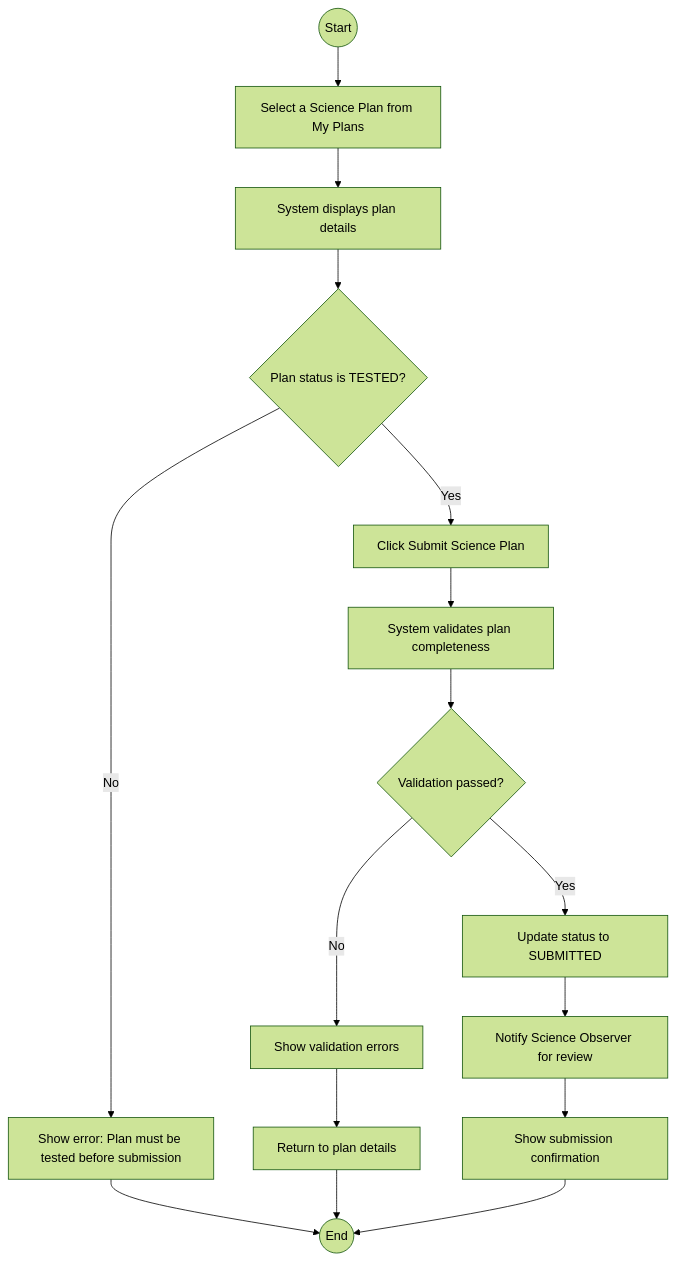
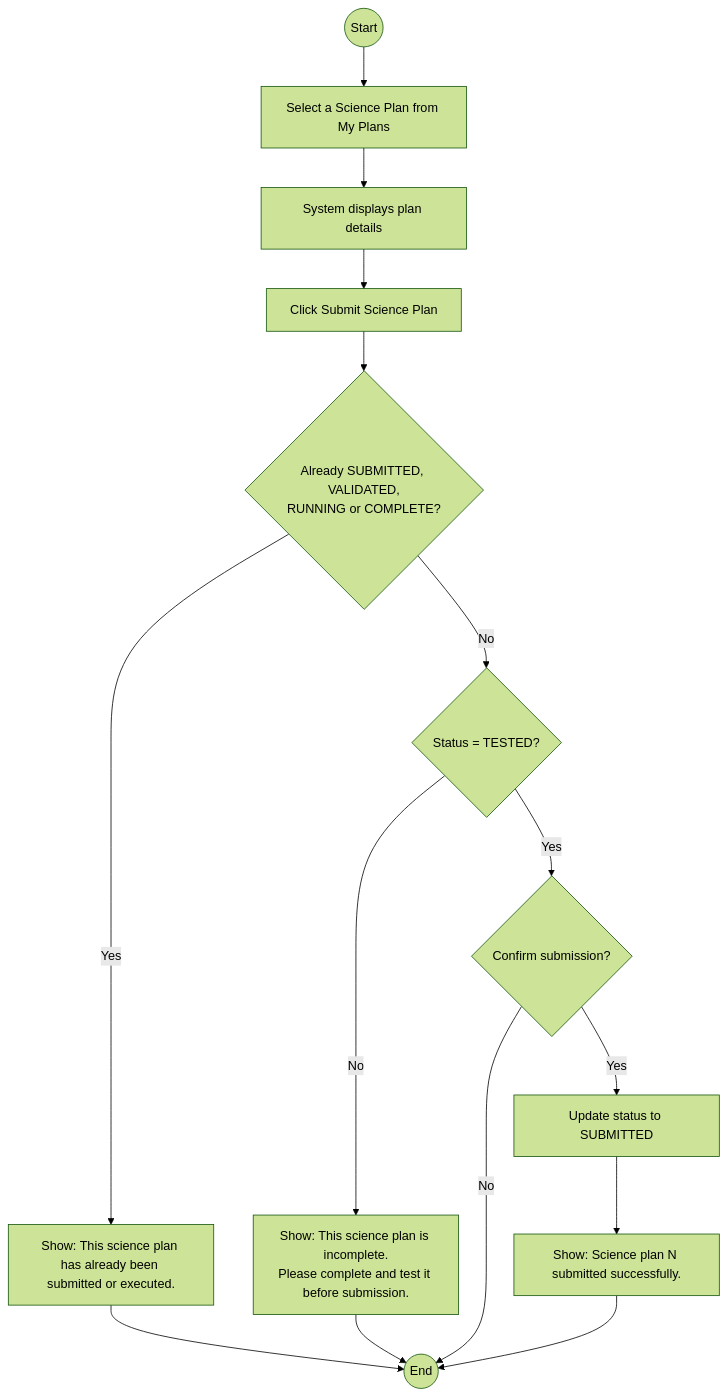
The third of 3 diagrams in README.md (FantasticRattee/gemini-telescope-control-system), drawn with Mermaid (forest theme) before and after one commit. The commit also changed other lines of this file and 13 other files, not shown here.

First line of the commit message:
Fix science plan workflow, tests, and use-case diagram

````diff
--- a/README.md
+++ b/README.md
@@ -154,18 +285,17 @@
 ```mermaid
 flowchart TD
     A((Start)) --> B[Select a Science Plan from My Plans]
     B --> C[System displays plan details]
-    C --> D{Plan status is TESTED?}
-    D -- No --> E[Show error: Plan must be tested before submission]
+    C --> G[Click Submit Science Plan]
+    G --> D{Already SUBMITTED, VALIDATED,<br/>RUNNING or COMPLETE?}
+    D -- Yes --> E[Show: This science plan has already been submitted or executed.]
     E --> F((End))
-    D -- Yes --> G[Click Submit Science Plan]
-    G --> H[System validates plan completeness]
-    H --> I{Validation passed?}
-    I -- No --> J[Show validation errors]
-    J --> K[Return to plan details]
-    K --> F
+    D -- No --> H{Status = TESTED?}
+    H -- No --> J[Show: This science plan is incomplete.<br/>Please complete and test it before submission.]
+    J --> F
+    H -- Yes --> I{Confirm submission?}
+    I -- No --> F
     I -- Yes --> L[Update status to SUBMITTED]
-    L --> M[Notify Science Observer for review]
-    M --> N[Show submission confirmation]
+    L --> N[Show: Science plan N submitted successfully.]
     N --> F
 ```
````
